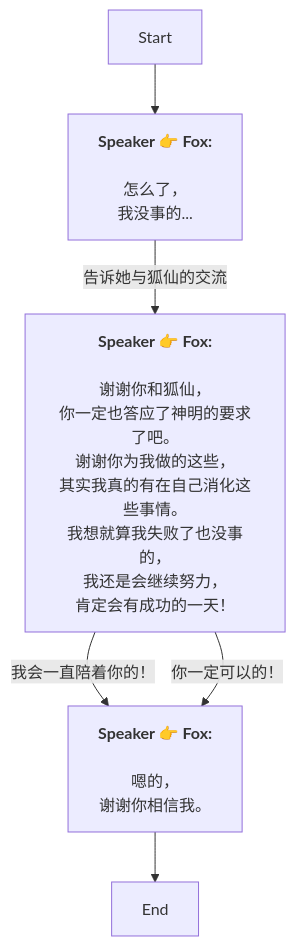
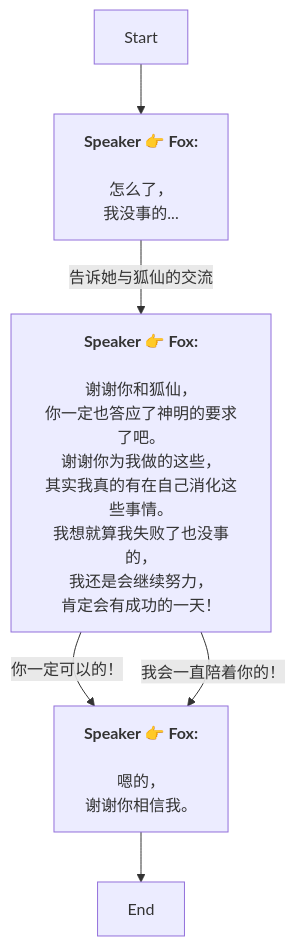
The diagram in Zh/AddDialogNode_1738551728303397.md (SoftHu/tos_avg), drawn with Mermaid before and after one commit. The commit also changed other lines of this file and 780 other files, not shown here.

````diff
--- a/Zh/AddDialogNode_1738551728303397.md
+++ b/Zh/AddDialogNode_1738551728303397.md
@@ -1,20 +1,20 @@
 ```mermaid
 graph
 Start -->1738551751763240[<b>Speaker 👉 Fox:</b>
 \n怎么了，
 我没事的...]
 1738551751763240 -->|告诉她与狐仙的交流|1738551856380205[<b>Speaker 👉 Fox:</b>
 \n谢谢你和狐仙，
 你一定也答应了神明的要求了吧。\n谢谢你为我做的这些，
 其实我真的有在自己消化这些事情。\n我想就算我失败了也没事的，
 我还是会继续努力，
 肯定会有成功的一天！]
-1738551856380205 -->|我会一直陪着你的！|1738552022961459[<b>Speaker 👉 Fox:</b>
+1738551856380205 -->|你一定可以的！|1738552022961459[<b>Speaker 👉 Fox:</b>
 \n嗯的，
 谢谢你相信我。]
-1738551856380205 -->|你一定可以的！|1738552022961459[<b>Speaker 👉 Fox:</b>
+1738551856380205 -->|我会一直陪着你的！|1738552022961459[<b>Speaker 👉 Fox:</b>
 \n嗯的，
 谢谢你相信我。]
 1738552022961459 -->1738552165615931[End]
 
 ```
````
